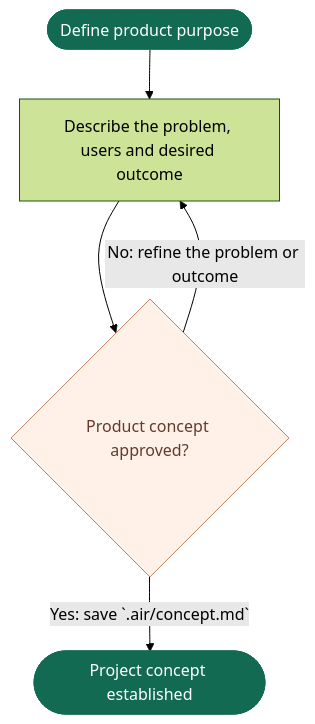
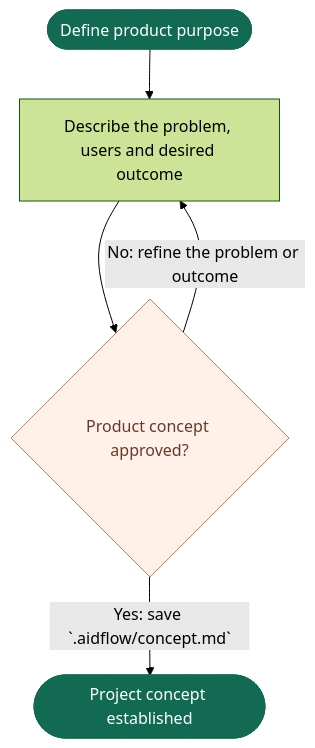
The diagram in flows/concept.mmd (vanlangenlabs/aidflow), drawn with Mermaid (forest theme) before and after one commit. The commit also changed 23 other files, not shown here.

Commit message:
Rename AIRFlow to AIDFlow and migrate workspace paths

```diff
--- a/flows/concept.mmd
+++ b/flows/concept.mmd
@@ -1,25 +1,25 @@
 flowchart TD
     start([Define product purpose]) --> concept[Describe the problem, users and desired outcome]
-%% @airflow-context concept
-%% Store only the stable product rationale in `.air/concept.md`: the problem,
+%% @aidflow-context concept
+%% Store only the stable product rationale in `.aidflow/concept.md`: the problem,
 %% intended users, desired outcome, boundaries and success measures. Do not list
 %% all features here or introduce technical implementation choices.
 
-%% Record path: `.air/concept.md`.
+%% Record path: `.aidflow/concept.md`.
 %% Record outline: Problem; Intended users; Desired outcome; Product boundaries and non-goals; Success measures; Decisions and evidence.
 %% Mutable statuses belong in the index. Example IDs and versions are placeholders.
-%% @end-airflow-context
+%% @end-aidflow-context
     concept --> conceptApproval{Product concept approved?}
     conceptApproval -- No: refine the problem or outcome --> concept
-    conceptApproval -- Yes: save `.air/concept.md` --> conceptReady([Project concept established])
-%% @airflow-context conceptApproval
+    conceptApproval -- Yes: save `.aidflow/concept.md` --> conceptReady([Project concept established])
+%% @aidflow-context conceptApproval
 %% Save the draft before requesting approval.
 %% Obtain explicit human approval for the exact current file digest. Record the
-%% decision evidence in `.air/index.md` according to
-%% `reference/approvals.md` (relative to airflow.md). Revisit only when the product direction materially changes.
-%% @end-airflow-context
+%% decision evidence in `.aidflow/index.md` according to
+%% `reference/approvals.md` (relative to aidflow.md). Revisit only when the product direction materially changes.
+%% @end-aidflow-context
 
     classDef boundary fill:#126a52,color:#ffffff,stroke:#126a52
     classDef approval fill:#fff0e8,color:#633b2c,stroke:#c68162
     class start,conceptReady boundary
     class conceptApproval approval
```
